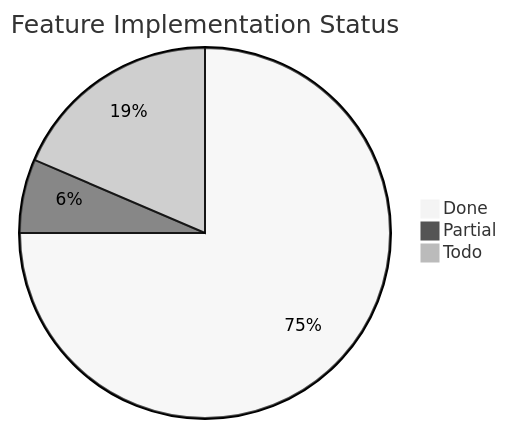
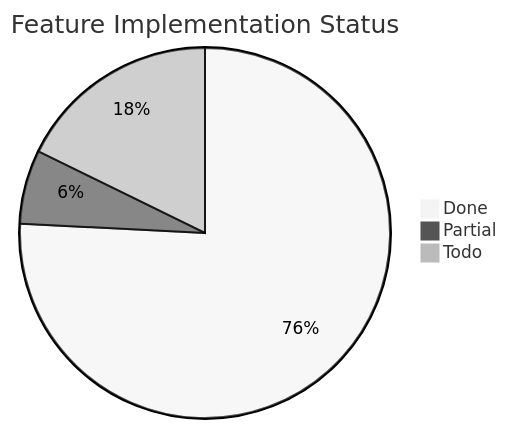
One commit to Papyrine/Morph changed the third of 3 diagrams in docs/word-features.md. Above: the diagram before and after it, drawn with Mermaid (neutral theme). The commit also changed other lines of this file and 13 other files, not shown here.

````diff
--- a/docs/word-features.md
+++ b/docs/word-features.md
@@ -1881,6 +1885,6 @@
 ```mermaid
 pie title Feature Implementation Status
-    "Done" : 93
+    "Done" : 94
     "Partial" : 8
-    "Todo" : 23
+    "Todo" : 22
 ```
````
